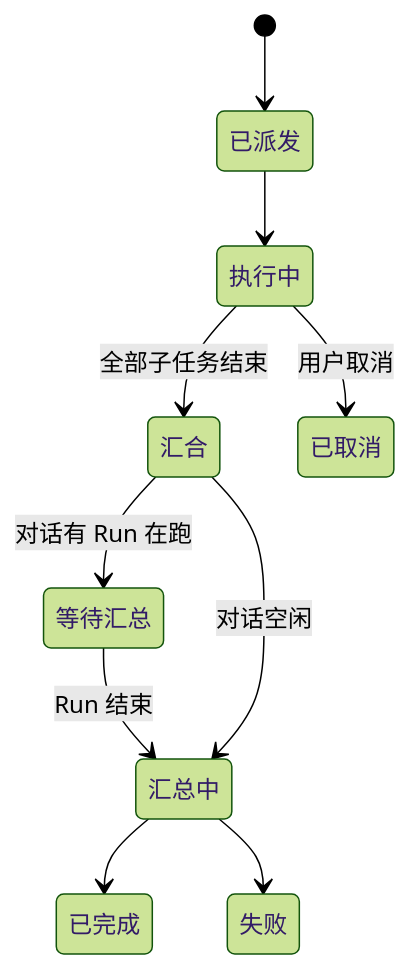
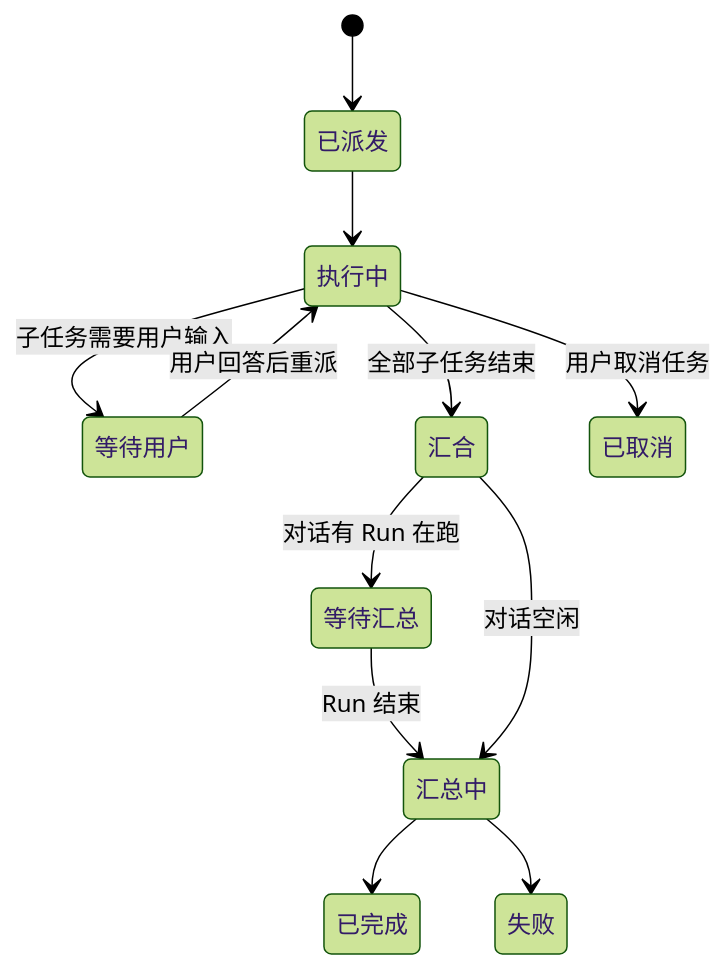
The fourth of 4 diagrams in docs/specs/backend/2026-10-06-subagents-and-background-tasks.md (HyxiaoGe/fusion), drawn with Mermaid (forest theme) before and after one commit. The commit also changed other lines of this file, not shown here.

````diff
--- a/docs/specs/backend/2026-10-06-subagents-and-background-tasks.md
+++ b/docs/specs/backend/2026-10-06-subagents-and-background-tasks.md
@@ -181,12 +246,14 @@
 ```mermaid
 stateDiagram-v2
   [*] --> 已派发
   已派发 --> 执行中
+  执行中 --> 等待用户: 子任务需要用户输入
+  等待用户 --> 执行中: 用户回答后重派
   执行中 --> 汇合: 全部子任务结束
-  执行中 --> 已取消: 用户取消
+  执行中 --> 已取消: 用户取消任务
   汇合 --> 等待汇总: 对话有 Run 在跑
   等待汇总 --> 汇总中: Run 结束
   汇合 --> 汇总中: 对话空闲
   汇总中 --> 已完成
   汇总中 --> 失败
 ```
````
